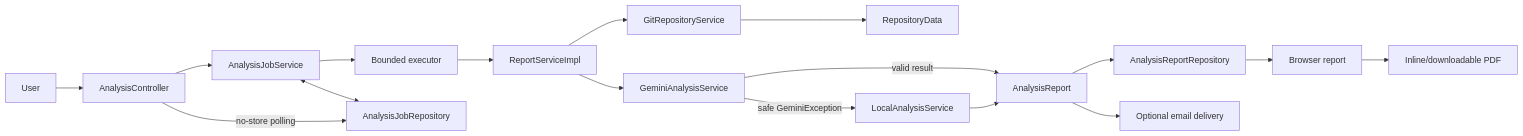
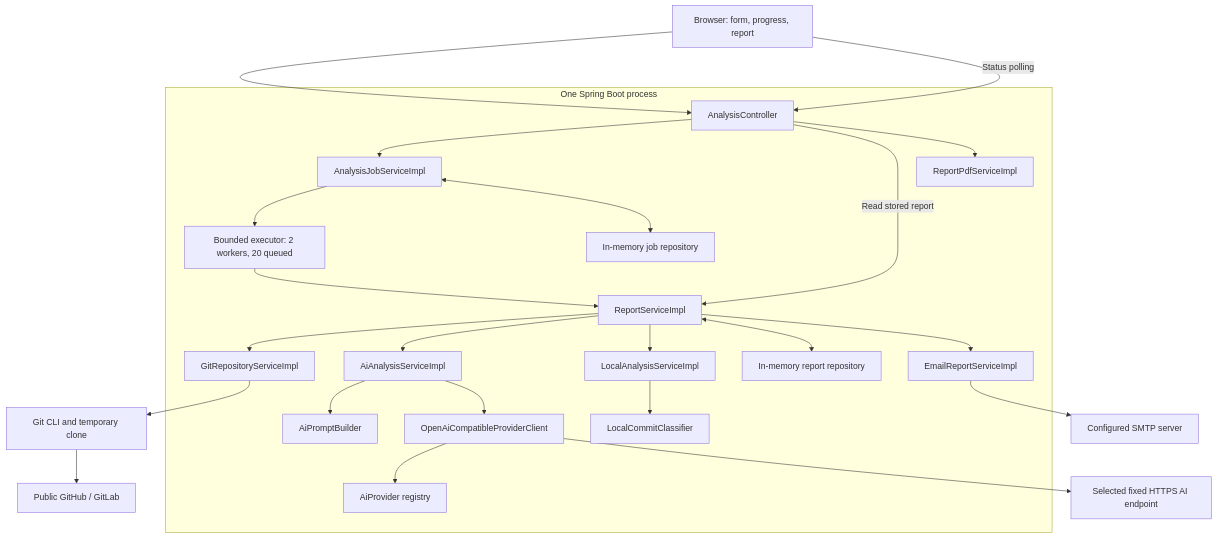
The first of 2 diagrams in docs/Architecture.md (AndrejT03/git-contribution-analyzer), drawn with Mermaid before and after one commit. The commit also changed other lines of this file and 1 other file, not shown here.

````diff
--- a/docs/Architecture.md
+++ b/docs/Architecture.md
@@ -7,19 +31,26 @@
 ```mermaid
-flowchart LR
-    U["User"] --> C["AnalysisController"]
-    C --> J["AnalysisJobService"]
-    J --> Q["Bounded executor"]
-    J <--> JR["AnalysisJobRepository"]
-    Q --> R["ReportServiceImpl"]
-    R --> G["GitRepositoryService"]
-    G --> D["RepositoryData"]
-    R --> A["GeminiAnalysisService"]
-    A -->|"valid result"| P["AnalysisReport"]
-    A -->|"safe GeminiException"| L["LocalAnalysisService"]
-    L --> P
-    P --> RR["AnalysisReportRepository"]
-    RR --> W["Browser report"]
-    W --> PDF["Inline/downloadable PDF"]
-    P --> E["Optional email delivery"]
-    C -->|"no-store polling"| JR
+flowchart TD
+    B["Browser: form, progress, report"] --> C["AnalysisController"]
+    subgraph APP["One Spring Boot process"]
+        C --> J["AnalysisJobServiceImpl"]
+        J --> Q["Bounded executor: 2 workers, 20 queued"]
+        J <--> JS["In-memory job repository"]
+        Q --> R["ReportServiceImpl"]
+        R --> G["GitRepositoryServiceImpl"]
+        R --> A["AiAnalysisServiceImpl"]
+        A --> P["AiPromptBuilder"]
+        A --> H["OpenAiCompatibleProviderClient"]
+        H --> REG["AiProvider registry"]
+        R --> L["LocalAnalysisServiceImpl"]
+        L --> LC["LocalCommitClassifier"]
+        R <--> RS["In-memory report repository"]
+        R --> E["EmailReportServiceImpl"]
+        C -->|"Read stored report"| R
+        C --> PDF["ReportPdfServiceImpl"]
+    end
+    B -->|"Status polling"| C
+    G --> Git["Git CLI and temporary clone"]
+    Git --> Hosts["Public GitHub / GitLab"]
+    H --> Providers["Selected fixed HTTPS AI endpoint"]
+    E --> SMTP["Configured SMTP server"]
 ```
````
